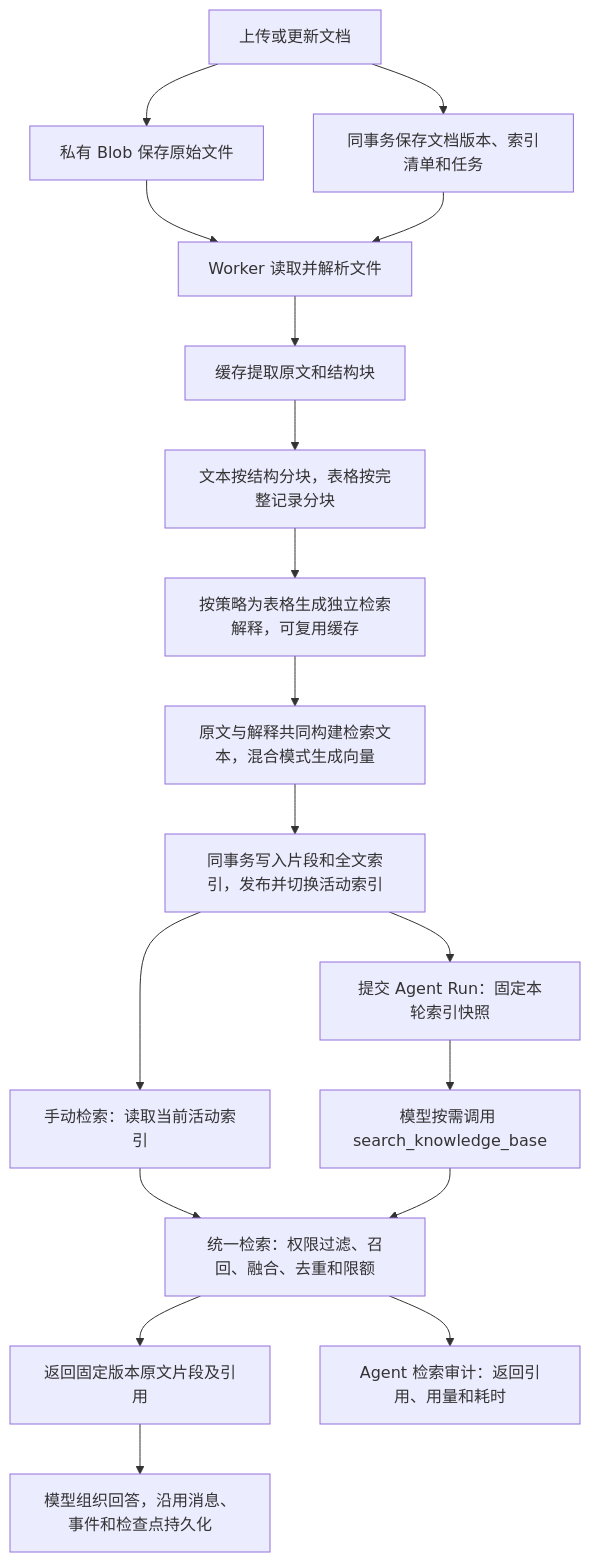
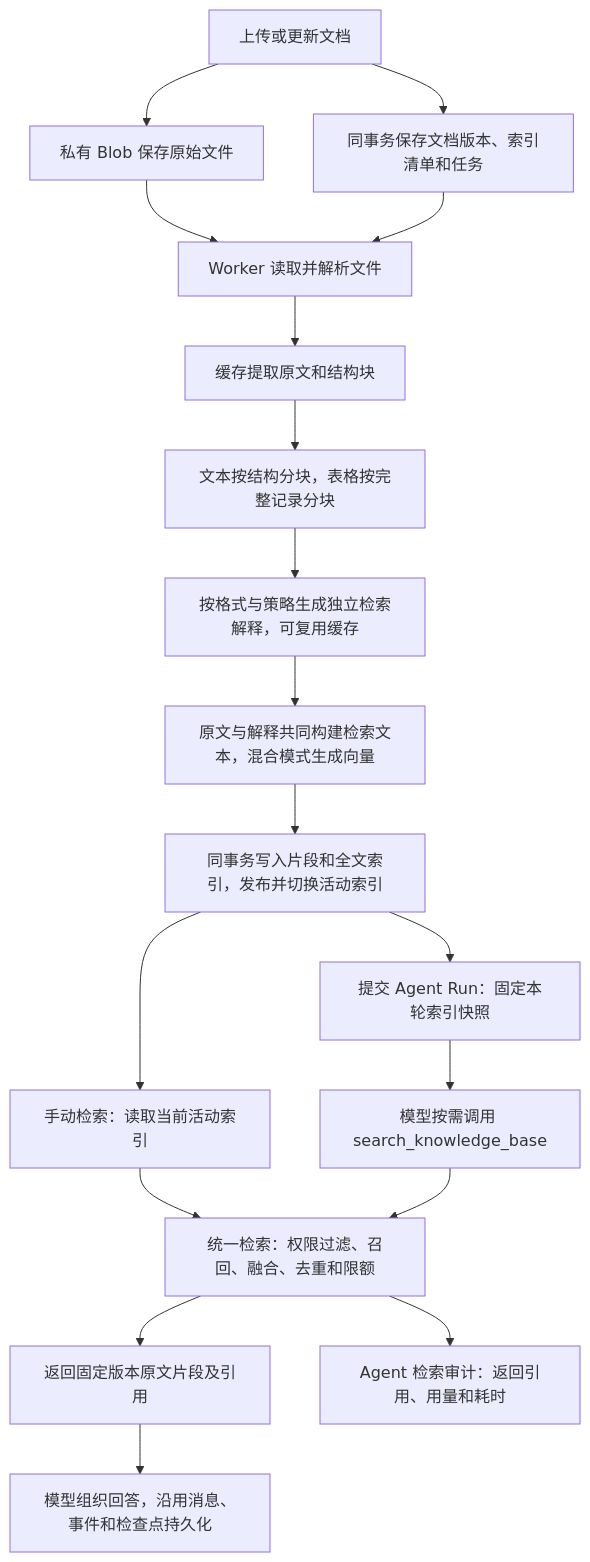
Before and after one commit to ExileLine/y-point: the second of 2 diagrams in README.md, drawn with Mermaid. The commit also changed other lines of this file and 18 other files, not shown here.

````diff
--- a/README.md
+++ b/README.md
@@ -1008,20 +1008,20 @@
 ```mermaid
 flowchart TD
     A[上传或更新文档] --> B[私有 Blob 保存原始文件]
     A --> C[同事务保存文档版本、索引清单和任务]
     B --> D[Worker 读取并解析文件]
     C --> D
     D --> E[缓存提取原文和结构块]
     E --> F[文本按结构分块，表格按完整记录分块]
-    F --> F1[按策略为表格生成独立检索解释，可复用缓存]
+    F --> F1[按格式与策略生成独立检索解释，可复用缓存]
     F1 --> F2[原文与解释共同构建检索文本，混合模式生成向量]
     F2 --> G[同事务写入片段和全文索引，发布并切换活动索引]
     G --> H[手动检索：读取当前活动索引]
     G --> I[提交 Agent Run：固定本轮索引快照]
     I --> J[模型按需调用 search_knowledge_base]
     H --> K[统一检索：权限过滤、召回、融合、去重和限额]
     J --> K
     K --> L[返回固定版本原文片段及引用]
     L --> M[模型组织回答，沿用消息、事件和检查点持久化]
     K --> N[Agent 检索审计：返回引用、用量和耗时]
 ```
````
